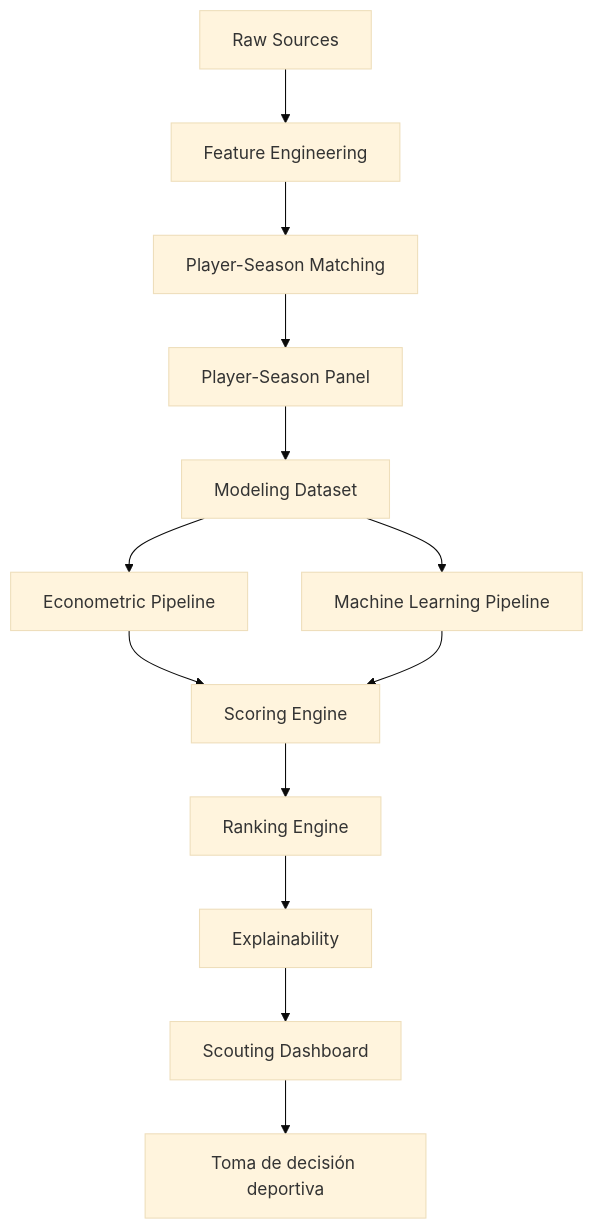
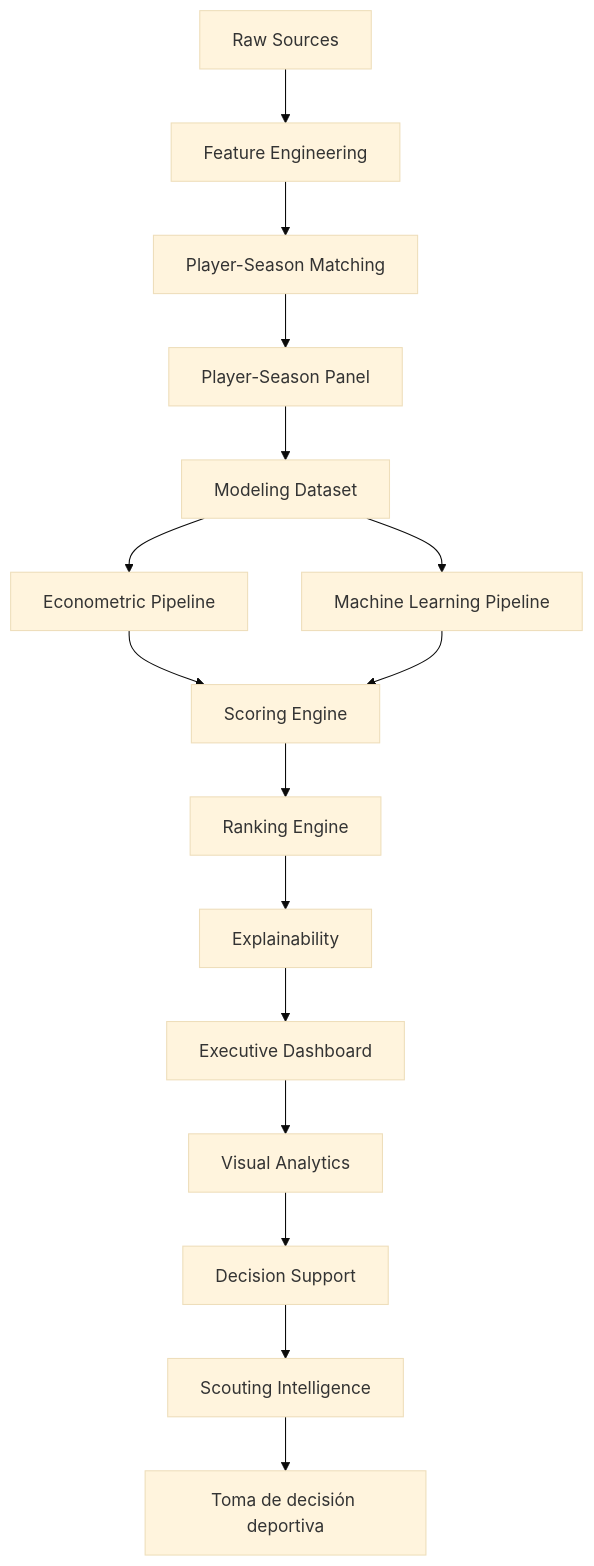
The diagram in README.md (manuelpeba/market-value-football-tfm), drawn with Mermaid (base theme) before and after one commit. The commit also changed other lines of this file, not shown here.

Commit message:
docs: finalize README for v0.9.0 decision support layer

````diff
--- a/README.md
+++ b/README.md
@@ -514,19 +514,22 @@
-``` mermaid
+```mermaid
 flowchart TD
 
 A[Raw Sources] --> B[Feature Engineering]
 B --> C[Player-Season Matching]
 C --> D[Player-Season Panel]
 D --> E[Modeling Dataset]
 
 E --> F[Econometric Pipeline]
 E --> G[Machine Learning Pipeline]
 
 F --> H[Scoring Engine]
 G --> H
 
 H --> I[Ranking Engine]
 I --> J[Explainability]
-J --> K[Scouting Dashboard]
-K --> L[Toma de decisión deportiva]
+J --> K[Executive Dashboard]
+K --> L[Visual Analytics]
+L --> M[Decision Support]
+M --> N[Scouting Intelligence]
+N --> O[Toma de decisión deportiva]
 ```
````
